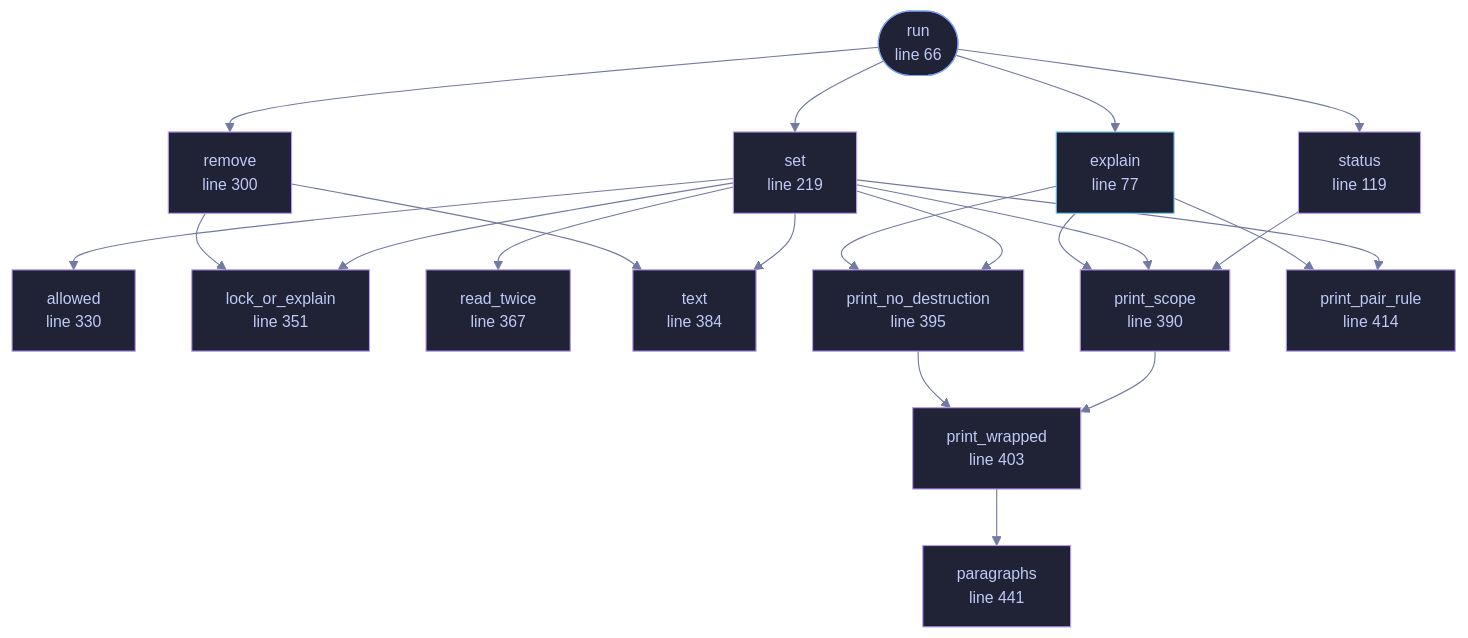
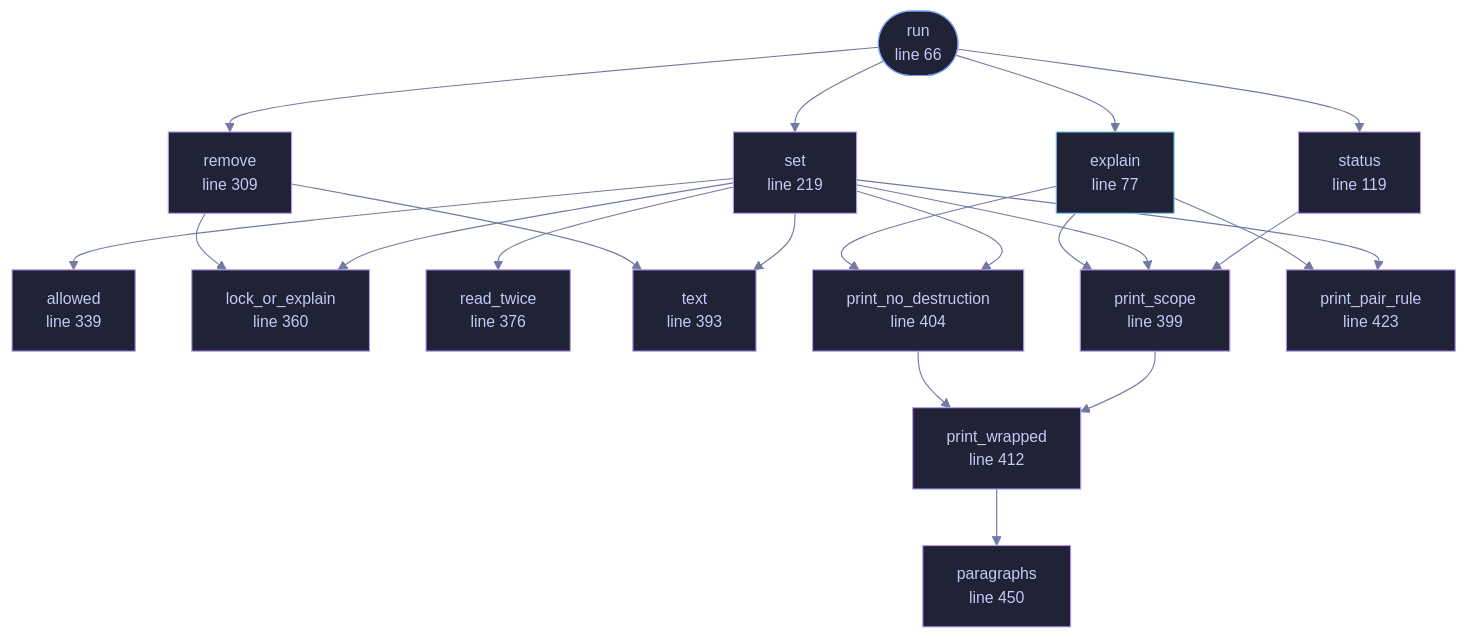
The diagram in docs/files/veilvoice-cli/decoy.md (tilas01/veilvoice), drawn with Mermaid before and after one commit. The commit also changed other lines of this file and 41 other files, not shown here.

First line of the commit message:
A decoy passphrase no longer stands out during the app lock's cooldown, and setting one is throttled

````diff
--- a/docs/files/veilvoice-cli/decoy.md
+++ b/docs/files/veilvoice-cli/decoy.md
@@ -89,58 +89,58 @@
 ```mermaid
 %%{init: {"theme":"base","themeVariables":{"background":"#1a1b26","primaryColor":"#1f2335","primaryTextColor":"#c0caf5","primaryBorderColor":"#7aa2f7","secondaryColor":"#16161e","tertiaryColor":"#16161e","lineColor":"#737aa2","textColor":"#c0caf5","mainBkg":"#1f2335","nodeBorder":"#7aa2f7","clusterBkg":"#16161e","clusterBorder":"#2f3549","fontFamily":"ui-monospace, SFMono-Regular, Consolas, monospace","fontSize":"14px"}}}%%
 flowchart TD
     n_run(["run<br/>line 66"])
     n_explain["explain<br/>line 77"]
     n_status["status<br/>line 119"]
     n_set["set<br/>line 219"]
-    n_remove["remove<br/>line 300"]
-    n_allowed["allowed<br/>line 330"]
-    n_lock_or_explain["lock_or_explain<br/>line 351"]
-    n_read_twice["read_twice<br/>line 367"]
-    n_text["text<br/>line 384"]
-    n_print_scope["print_scope<br/>line 390"]
-    n_print_no_destruction["print_no_destruction<br/>line 395"]
-    n_print_wrapped["print_wrapped<br/>line 403"]
-    n_print_pair_rule["print_pair_rule<br/>line 414"]
-    n_paragraphs["paragraphs<br/>line 441"]
+    n_remove["remove<br/>line 309"]
+    n_allowed["allowed<br/>line 339"]
+    n_lock_or_explain["lock_or_explain<br/>line 360"]
+    n_read_twice["read_twice<br/>line 376"]
+    n_text["text<br/>line 393"]
+    n_print_scope["print_scope<br/>line 399"]
+    n_print_no_destruction["print_no_destruction<br/>line 404"]
+    n_print_wrapped["print_wrapped<br/>line 412"]
+    n_print_pair_rule["print_pair_rule<br/>line 423"]
+    n_paragraphs["paragraphs<br/>line 450"]
     n_explain --> n_print_no_destruction
     n_explain --> n_print_pair_rule
     n_explain --> n_print_scope
     n_print_no_destruction --> n_print_wrapped
     n_print_scope --> n_print_wrapped
     n_print_wrapped --> n_paragraphs
     n_remove --> n_lock_or_explain
     n_remove --> n_text
     n_run --> n_explain
     n_run --> n_remove
     n_run --> n_set
     n_run --> n_status
     n_set --> n_allowed
     n_set --> n_lock_or_explain
     n_set --> n_print_no_destruction
     n_set --> n_print_pair_rule
     n_set --> n_print_scope
     n_set --> n_read_twice
     n_set --> n_text
     n_status --> n_print_scope
     click n_run href "https://github.com/tilas01/veilvoice/blob/main/crates/veilvoice-cli/src/decoy.rs#L66" "open the source"
     click n_explain href "https://github.com/tilas01/veilvoice/blob/main/crates/veilvoice-cli/src/decoy.rs#L77" "open the source"
     click n_status href "https://github.com/tilas01/veilvoice/blob/main/crates/veilvoice-cli/src/decoy.rs#L119" "open the source"
     click n_set href "https://github.com/tilas01/veilvoice/blob/main/crates/veilvoice-cli/src/decoy.rs#L219" "open the source"
-    click n_remove href "https://github.com/tilas01/veilvoice/blob/main/crates/veilvoice-cli/src/decoy.rs#L300" "open the source"
-    click n_allowed href "https://github.com/tilas01/veilvoice/blob/main/crates/veilvoice-cli/src/decoy.rs#L330" "open the source"
-    click n_lock_or_explain href "https://github.com/tilas01/veilvoice/blob/main/crates/veilvoice-cli/src/decoy.rs#L351" "open the source"
-    click n_read_twice href "https://github.com/tilas01/veilvoice/blob/main/crates/veilvoice-cli/src/decoy.rs#L367" "open the source"
-    click n_text href "https://github.com/tilas01/veilvoice/blob/main/crates/veilvoice-cli/src/decoy.rs#L384" "open the source"
-    click n_print_scope href "https://github.com/tilas01/veilvoice/blob/main/crates/veilvoice-cli/src/decoy.rs#L390" "open the source"
-    click n_print_no_destruction href "https://github.com/tilas01/veilvoice/blob/main/crates/veilvoice-cli/src/decoy.rs#L395" "open the source"
-    click n_print_wrapped href "https://github.com/tilas01/veilvoice/blob/main/crates/veilvoice-cli/src/decoy.rs#L403" "open the source"
-    click n_print_pair_rule href "https://github.com/tilas01/veilvoice/blob/main/crates/veilvoice-cli/src/decoy.rs#L414" "open the source"
-    click n_paragraphs href "https://github.com/tilas01/veilvoice/blob/main/crates/veilvoice-cli/src/decoy.rs#L441" "open the source"
+    click n_remove href "https://github.com/tilas01/veilvoice/blob/main/crates/veilvoice-cli/src/decoy.rs#L309" "open the source"
+    click n_allowed href "https://github.com/tilas01/veilvoice/blob/main/crates/veilvoice-cli/src/decoy.rs#L339" "open the source"
+    click n_lock_or_explain href "https://github.com/tilas01/veilvoice/blob/main/crates/veilvoice-cli/src/decoy.rs#L360" "open the source"
+    click n_read_twice href "https://github.com/tilas01/veilvoice/blob/main/crates/veilvoice-cli/src/decoy.rs#L376" "open the source"
+    click n_text href "https://github.com/tilas01/veilvoice/blob/main/crates/veilvoice-cli/src/decoy.rs#L393" "open the source"
+    click n_print_scope href "https://github.com/tilas01/veilvoice/blob/main/crates/veilvoice-cli/src/decoy.rs#L399" "open the source"
+    click n_print_no_destruction href "https://github.com/tilas01/veilvoice/blob/main/crates/veilvoice-cli/src/decoy.rs#L404" "open the source"
+    click n_print_wrapped href "https://github.com/tilas01/veilvoice/blob/main/crates/veilvoice-cli/src/decoy.rs#L412" "open the source"
+    click n_print_pair_rule href "https://github.com/tilas01/veilvoice/blob/main/crates/veilvoice-cli/src/decoy.rs#L423" "open the source"
+    click n_paragraphs href "https://github.com/tilas01/veilvoice/blob/main/crates/veilvoice-cli/src/decoy.rs#L450" "open the source"
     classDef entry fill:#1f2335,stroke:#7aa2f7,color:#c0caf5
     class n_run entry
     classDef api fill:#1f2335,stroke:#7dcfff,color:#c0caf5
     class n_explain api
     classDef helper fill:#1f2335,stroke:#bb9af7,color:#c0caf5
     class n_status,n_set,n_remove,n_allowed,n_lock_or_explain,n_read_twice,n_text,n_print_scope,n_print_no_destruction,n_print_wrapped,n_print_pair_rule,n_paragraphs helper
 ```
````
